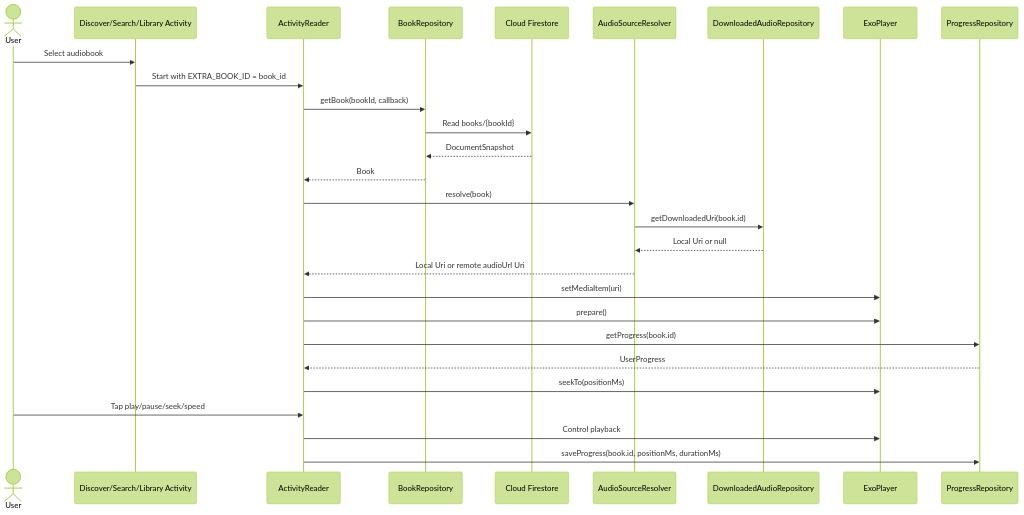
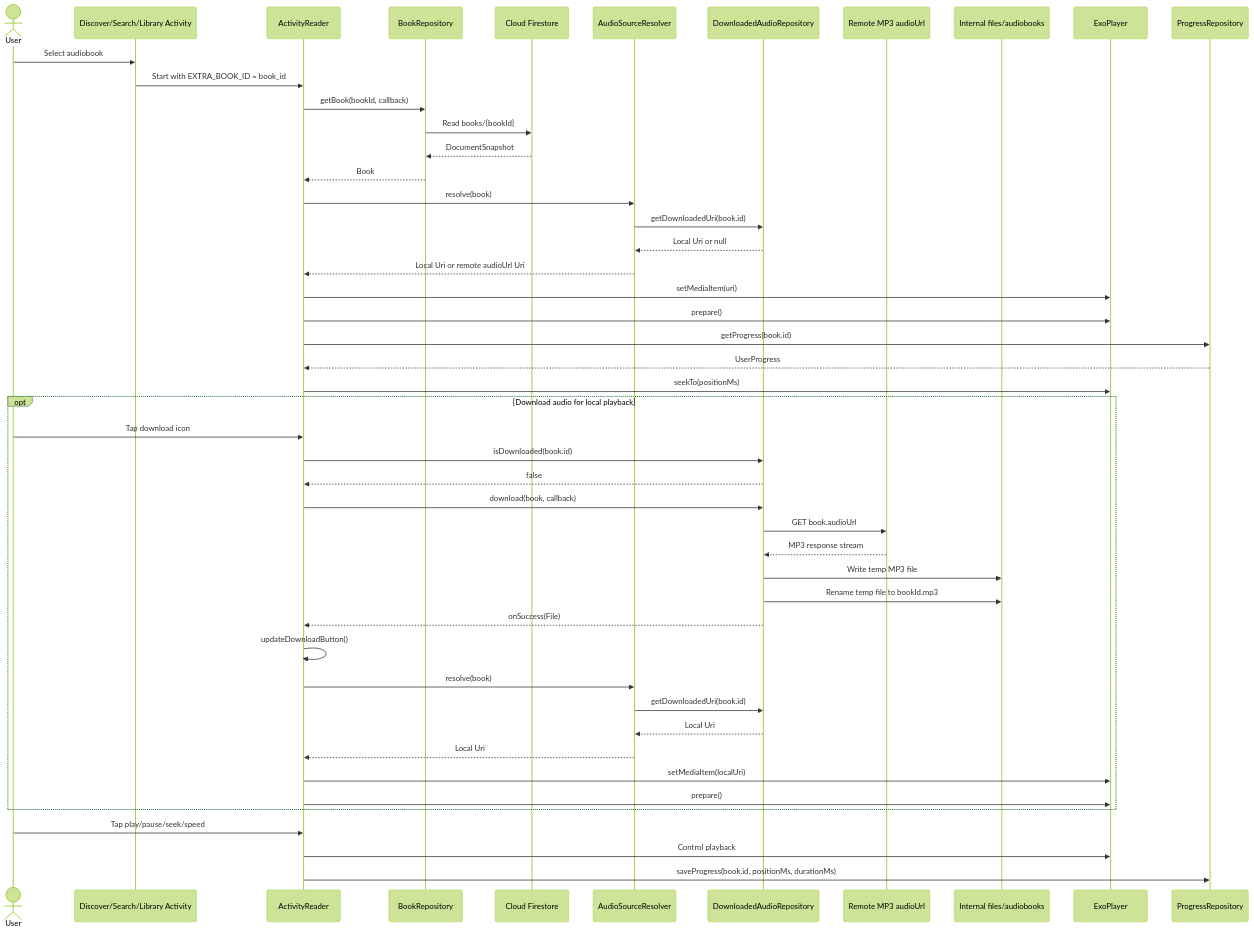
One commit to LeeVuKhang/Fonos_Group13 changed the fifth of 8 diagrams in README.md. Above: the diagram before and after it, drawn with Mermaid (forest theme). The commit also changed other lines of this file and 1 other file, not shown here.

Commit message:
docs(readme): add download sequence

````diff
--- a/README.md
+++ b/README.md
@@ -389,31 +390,51 @@
 ```mermaid
 sequenceDiagram
     actor User
     participant Discover as Discover/Search/Library Activity
     participant Reader as ActivityReader
     participant BookRepo as BookRepository
     participant Firestore as Cloud Firestore
     participant Resolver as AudioSourceResolver
     participant DownloadRepo as DownloadedAudioRepository
+    participant RemoteAudio as Remote MP3 audioUrl
+    participant InternalFiles as Internal files/audiobooks
     participant Player as ExoPlayer
     participant ProgressRepo as ProgressRepository
 
     User->>Discover: Select audiobook
     Discover->>Reader: Start with EXTRA_BOOK_ID = book_id
     Reader->>BookRepo: getBook(bookId, callback)
     BookRepo->>Firestore: Read books/{bookId}
     Firestore-->>BookRepo: DocumentSnapshot
     BookRepo-->>Reader: Book
     Reader->>Resolver: resolve(book)
     Resolver->>DownloadRepo: getDownloadedUri(book.id)
     DownloadRepo-->>Resolver: Local Uri or null
     Resolver-->>Reader: Local Uri or remote audioUrl Uri
     Reader->>Player: setMediaItem(uri)
     Reader->>Player: prepare()
     Reader->>ProgressRepo: getProgress(book.id)
     ProgressRepo-->>Reader: UserProgress
     Reader->>Player: seekTo(positionMs)
+    opt Download audio for local playback
+        User->>Reader: Tap download icon
+        Reader->>DownloadRepo: isDownloaded(book.id)
+        DownloadRepo-->>Reader: false
+        Reader->>DownloadRepo: download(book, callback)
+        DownloadRepo->>RemoteAudio: GET book.audioUrl
+        RemoteAudio-->>DownloadRepo: MP3 response stream
+        DownloadRepo->>InternalFiles: Write temp MP3 file
+        DownloadRepo->>InternalFiles: Rename temp file to bookId.mp3
+        DownloadRepo-->>Reader: onSuccess(File)
+        Reader->>Reader: updateDownloadButton()
+        Reader->>Resolver: resolve(book)
+        Resolver->>DownloadRepo: getDownloadedUri(book.id)
+        DownloadRepo-->>Resolver: Local Uri
+        Resolver-->>Reader: Local Uri
+        Reader->>Player: setMediaItem(localUri)
+        Reader->>Player: prepare()
+    end
     User->>Reader: Tap play/pause/seek/speed
     Reader->>Player: Control playback
     Reader->>ProgressRepo: saveProgress(book.id, positionMs, durationMs)
 ```
````
